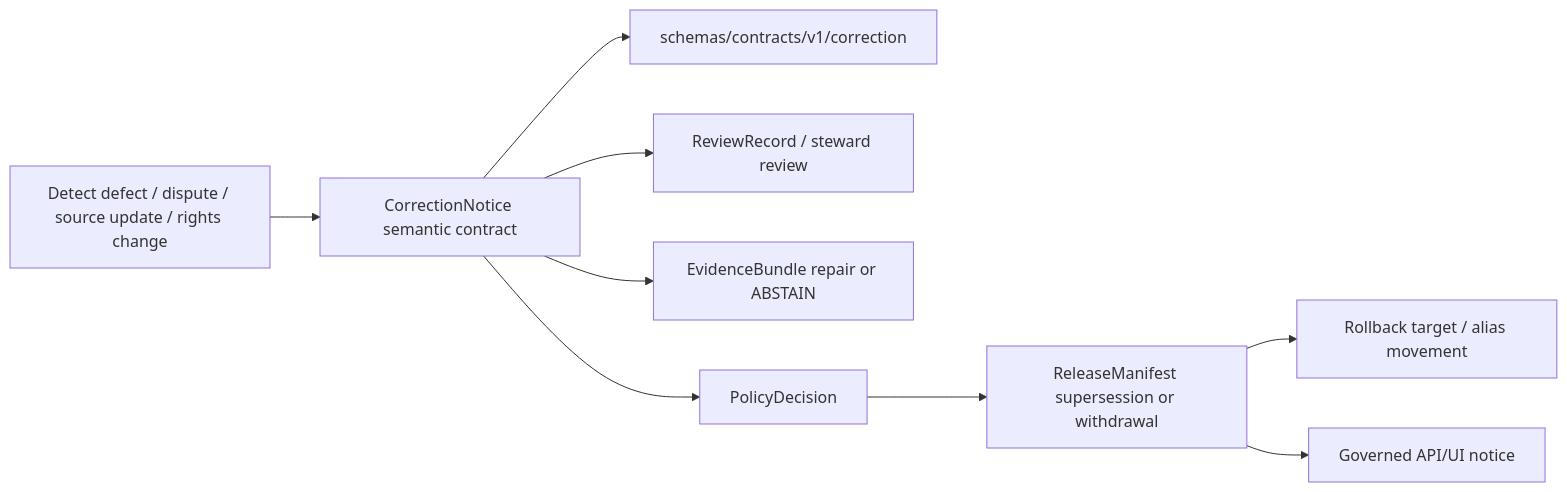
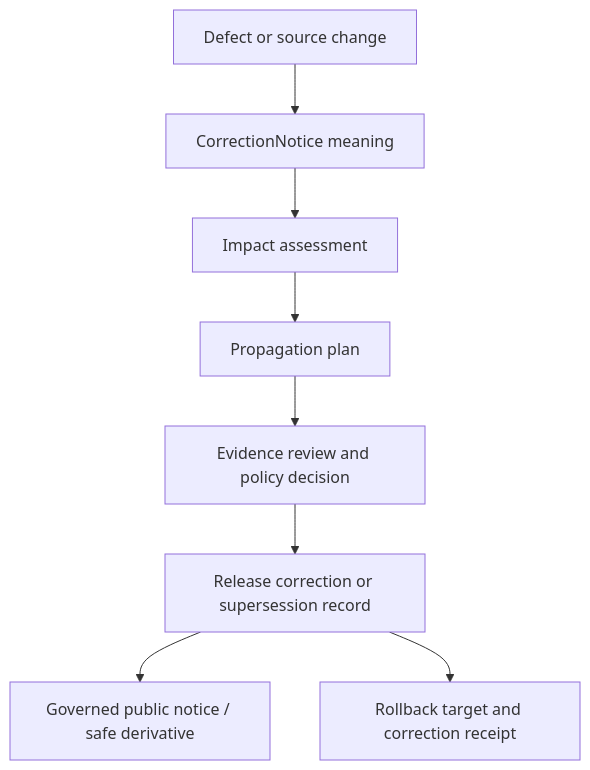
Before and after one commit to bartytime4life/Kansas-Frontier-Matrix: the diagram in contracts/correction/README.md, drawn with Mermaid. The commit also changed other lines of this file, not shown here.

Commit message:
docs: reconcile correction contract README

````diff
--- a/contracts/correction/README.md
+++ b/contracts/correction/README.md
@@ -188,11 +238,10 @@
 ```mermaid
-flowchart LR
-  DETECT[Detect defect / dispute / source update / rights change] --> NOTICE[CorrectionNotice semantic contract]
-  NOTICE --> SCHEMA[schemas/contracts/v1/correction]
-  NOTICE --> REVIEW[ReviewRecord / steward review]
-  NOTICE --> EVID[EvidenceBundle repair or ABSTAIN]
-  NOTICE --> POLICY[PolicyDecision]
-  POLICY --> RELEASE[ReleaseManifest supersession or withdrawal]
-  RELEASE --> ROLLBACK[Rollback target / alias movement]
-  RELEASE --> PUBLIC[Governed API/UI notice]
+flowchart TD
+  DETECT[Defect or source change] --> NOTICE[CorrectionNotice meaning]
+  NOTICE --> IMPACT[Impact assessment]
+  IMPACT --> PLAN[Propagation plan]
+  PLAN --> REVIEW[Evidence review and policy decision]
+  REVIEW --> RELEASE[Release correction or supersession record]
+  RELEASE --> PUBLIC[Governed public notice / safe derivative]
+  RELEASE --> ROLLBACK[Rollback target and correction receipt]
 ```
````
